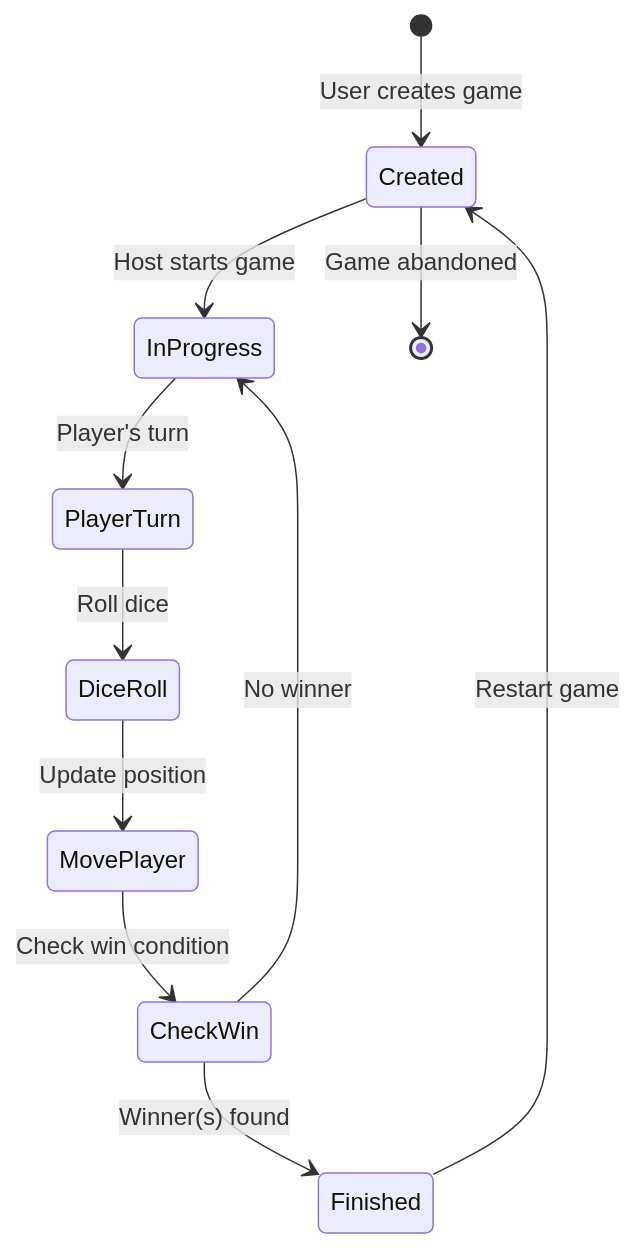
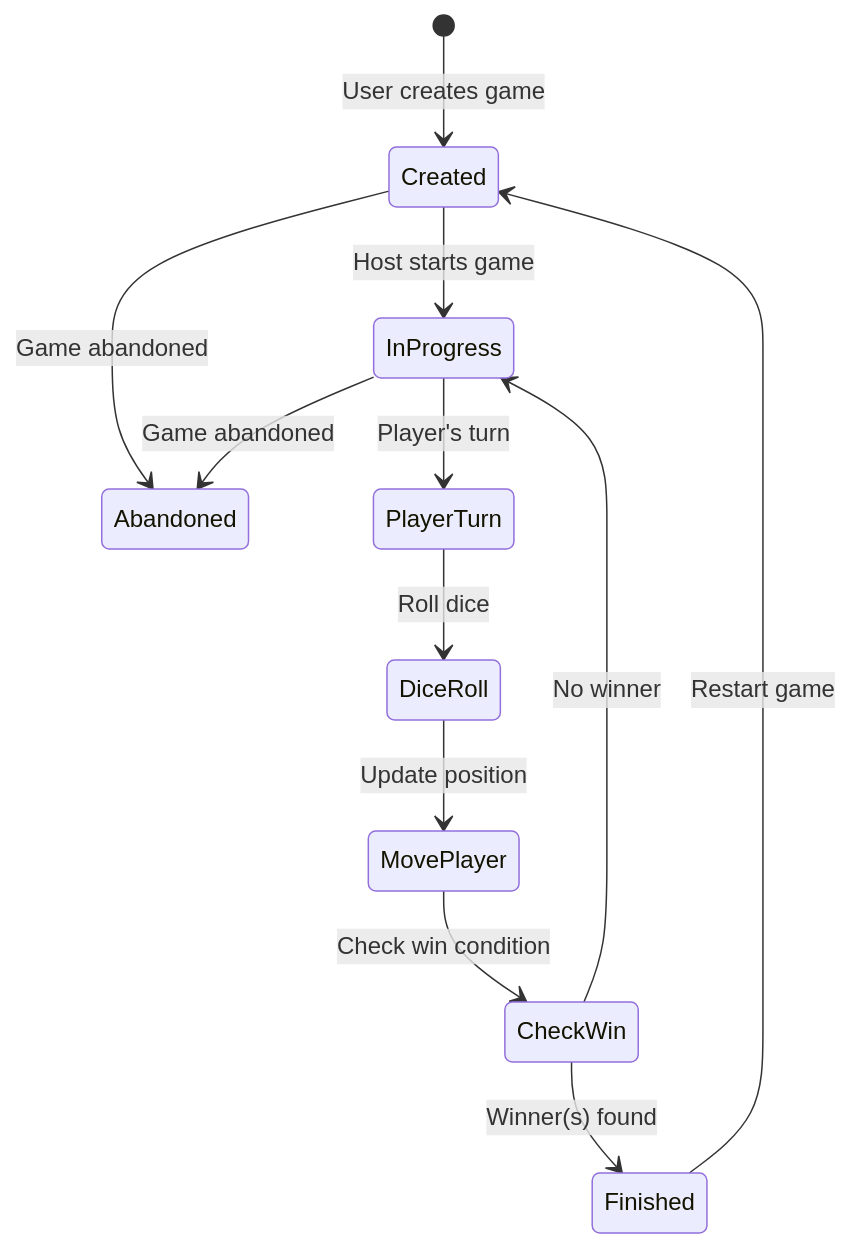
One commit to MR-DHRUV/Snake-and-ladders changed the third of 3 diagrams in README.md. Above: the diagram before and after it, drawn with Mermaid. The commit also changed other lines of this file and 1 other file, not shown here.

````diff
--- a/README.md
+++ b/README.md
@@ -165,13 +158,14 @@
 ```mermaid
 stateDiagram-v2
     [*] --> Created: User creates game
+    Created --> Abandoned: Game abandoned
+    InProgress --> Abandoned: Game abandoned
     Created --> InProgress: Host starts game
     InProgress --> PlayerTurn: Player's turn
     PlayerTurn --> DiceRoll: Roll dice
     DiceRoll --> MovePlayer: Update position
     MovePlayer --> CheckWin: Check win condition
     CheckWin --> InProgress: No winner
     CheckWin --> Finished: Winner(s) found
     Finished --> Created: Restart game
-    Created --> [*]: Game abandoned
 ```
````
